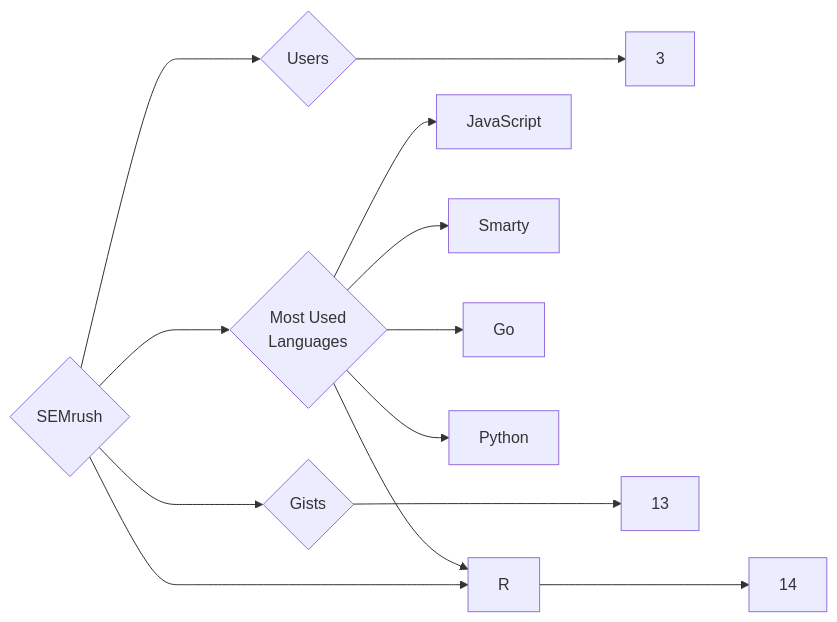
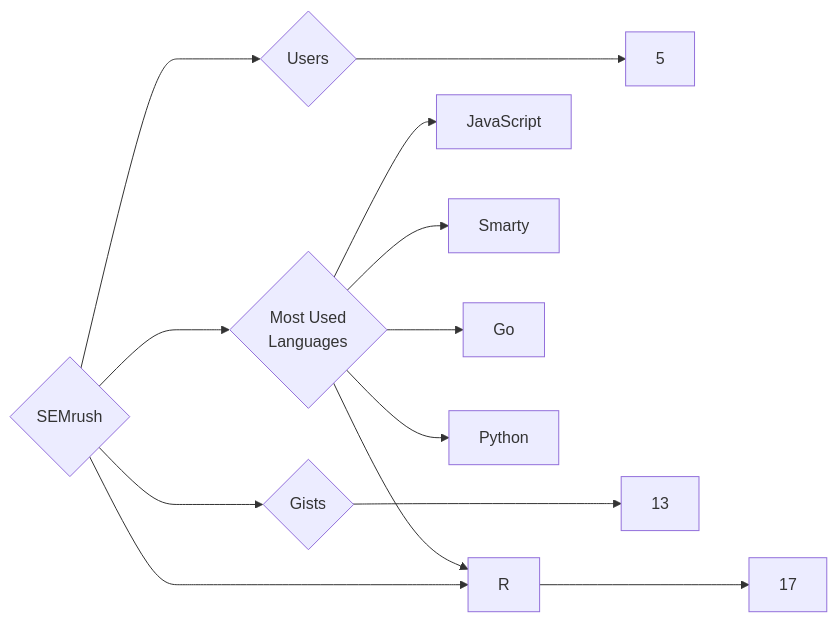
The diagram in targets/SEMrush/README.md (trickest/insiders), drawn with Mermaid before and after one commit. The commit also changed 1389 other files, not shown here.

````diff
--- a/targets/SEMrush/README.md
+++ b/targets/SEMrush/README.md
@@ -3,13 +3,13 @@
 ```mermaid
 graph LR
 COMPANY_NAME{SEMrush}
-COMPANY_NAME ---> U{Users} ---> UN[3]
-COMPANY_NAME ---> R{Repositories} ---> RN[14]
+COMPANY_NAME ---> U{Users} ---> UN[5]
+COMPANY_NAME ---> R{Repositories} ---> RN[17]
 COMPANY_NAME ---> G{Gists} ---> GN[13]
 COMPANY_NAME ---> ML{Most Used<br>Languages}
 ML --> JavaScript[JavaScript]
 ML --> Smarty[Smarty]
 ML --> Go[Go]
 ML --> R[R]
 ML --> Python[Python]
 ```
````
